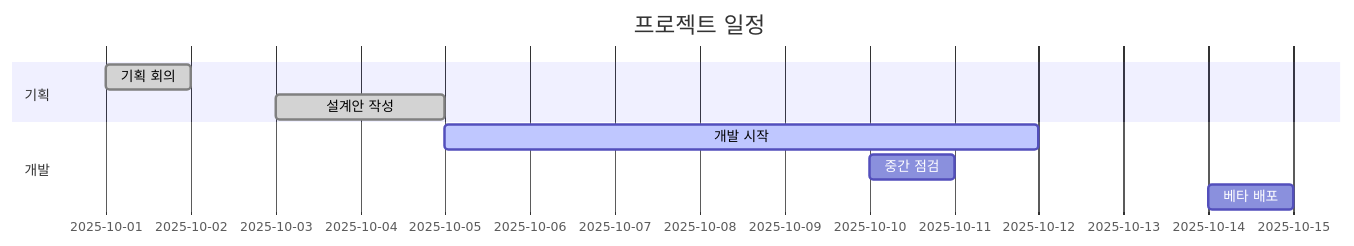
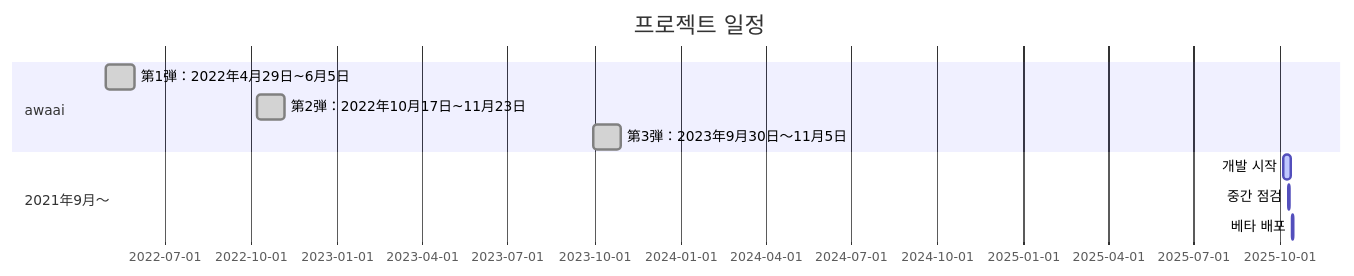
Before and after one commit to JihongNMI/SQL-and-Java: the diagram in 정리_세계시간.md, drawn with Mermaid. The commit also changed other lines of this file, not shown here.

````diff
--- a/정리_세계시간.md
+++ b/정리_세계시간.md
@@ -1,12 +1,13 @@
 ```mermaid
 gantt
     title 프로젝트 일정
     dateFormat  YYYY-MM-DD
-    section 기획
-    기획 회의        :done,    2025-10-01, 1d
-    설계안 작성      :done,    2025-10-03, 2d
-    section 개발
+    section awaai
+    第1弾：2022年4月29日~6月5日        :done,    2022-04-29, 30d
+    第2弾：2022年10月17日~11月23日         :done,    2022-10-07, 30d
+    第3弾：2023年9月30日～11月5日      :done,    2023-09-30, 30d
+    section 2021年9月～
     개발 시작        :active,  2025-10-05, 7d
     중간 점검        :         2025-10-10, 1d
     베타 배포        :         2025-10-14, 1d
 ```
````
